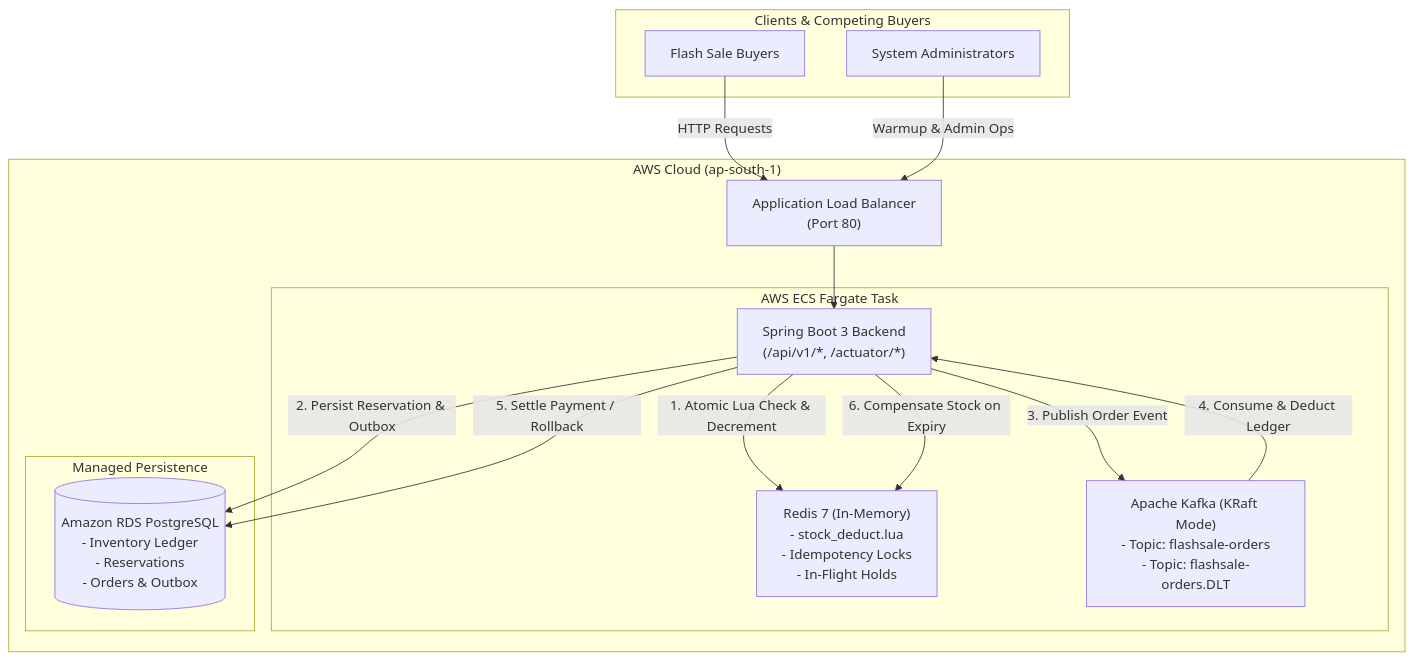
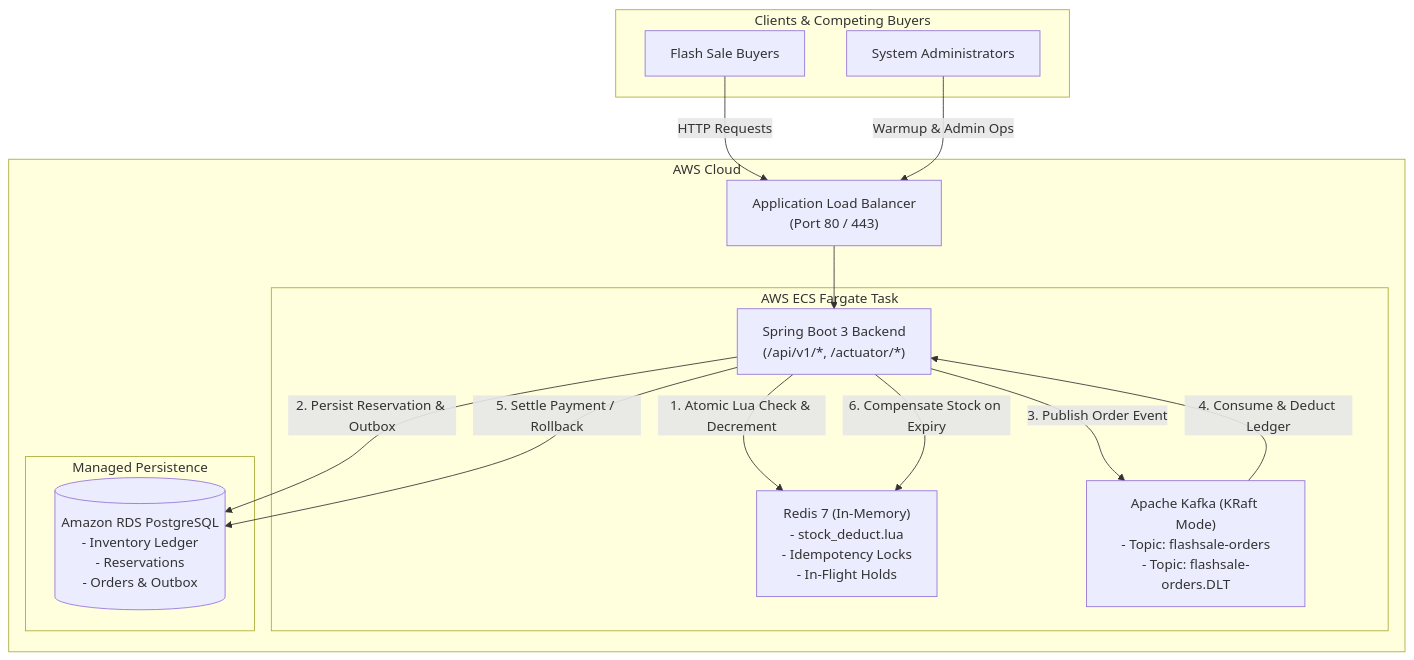
Before and after one commit to shivam-rawat-dev/flashsale: the diagram in README.md, drawn with Mermaid. The commit also changed other lines of this file, not shown here.

````diff
--- a/README.md
+++ b/README.md
@@ -9,35 +9,35 @@
 ```mermaid
 flowchart TD
     subgraph Clients["Clients & Competing Buyers"]
         Buyer["Flash Sale Buyers"]
         Admin["System Administrators"]
     end
 
-    subgraph AWS_Cloud["AWS Cloud (ap-south-1)"]
-        ALB["Application Load Balancer\n(Port 80)"]
+    subgraph AWS_Cloud["AWS Cloud"]
+        ALB["Application Load Balancer\n(Port 80 / 443)"]
 
         subgraph ECS["AWS ECS Fargate Task"]
             Backend["Spring Boot 3 Backend\n(/api/v1/*, /actuator/*)"]
             Redis["Redis 7 (In-Memory)\n- stock_deduct.lua\n- Idempotency Locks\n- In-Flight Holds"]
             Kafka["Apache Kafka (KRaft Mode)\n- Topic: flashsale-orders\n- Topic: flashsale-orders.DLT"]
         end
 
         subgraph Storage["Managed Persistence"]
             RDS[("Amazon RDS PostgreSQL\n- Inventory Ledger\n- Reservations\n- Orders & Outbox")]
         end
     end
 
     Buyer -->|HTTP Requests| ALB
     Admin -->|Warmup & Admin Ops| ALB
     ALB --> Backend
 
     %% Hot Path
     Backend -->|1. Atomic Lua Check & Decrement| Redis
     Backend -->|2. Persist Reservation & Outbox| RDS
     
     %% Cold Path
     Backend -->|3. Publish Order Event| Kafka
     Kafka -->|4. Consume & Deduct Ledger| Backend
     Backend -->|5. Settle Payment / Rollback| RDS
     Backend -->|6. Compensate Stock on Expiry| Redis
 ```
````
